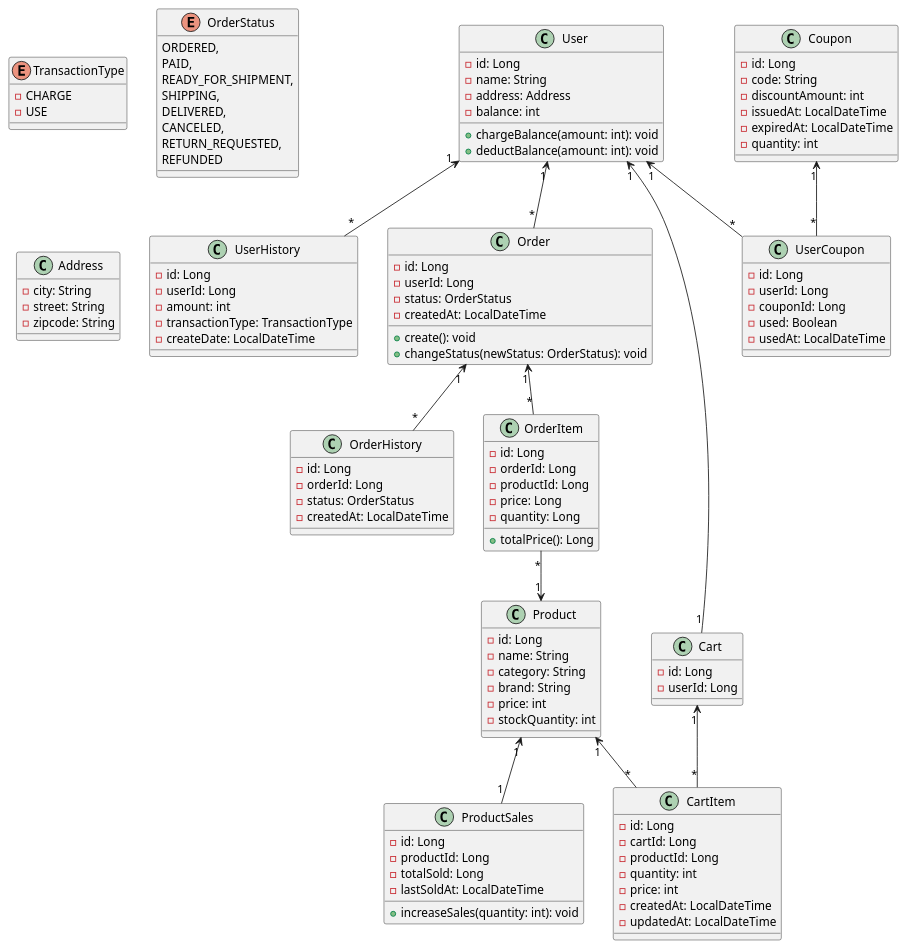
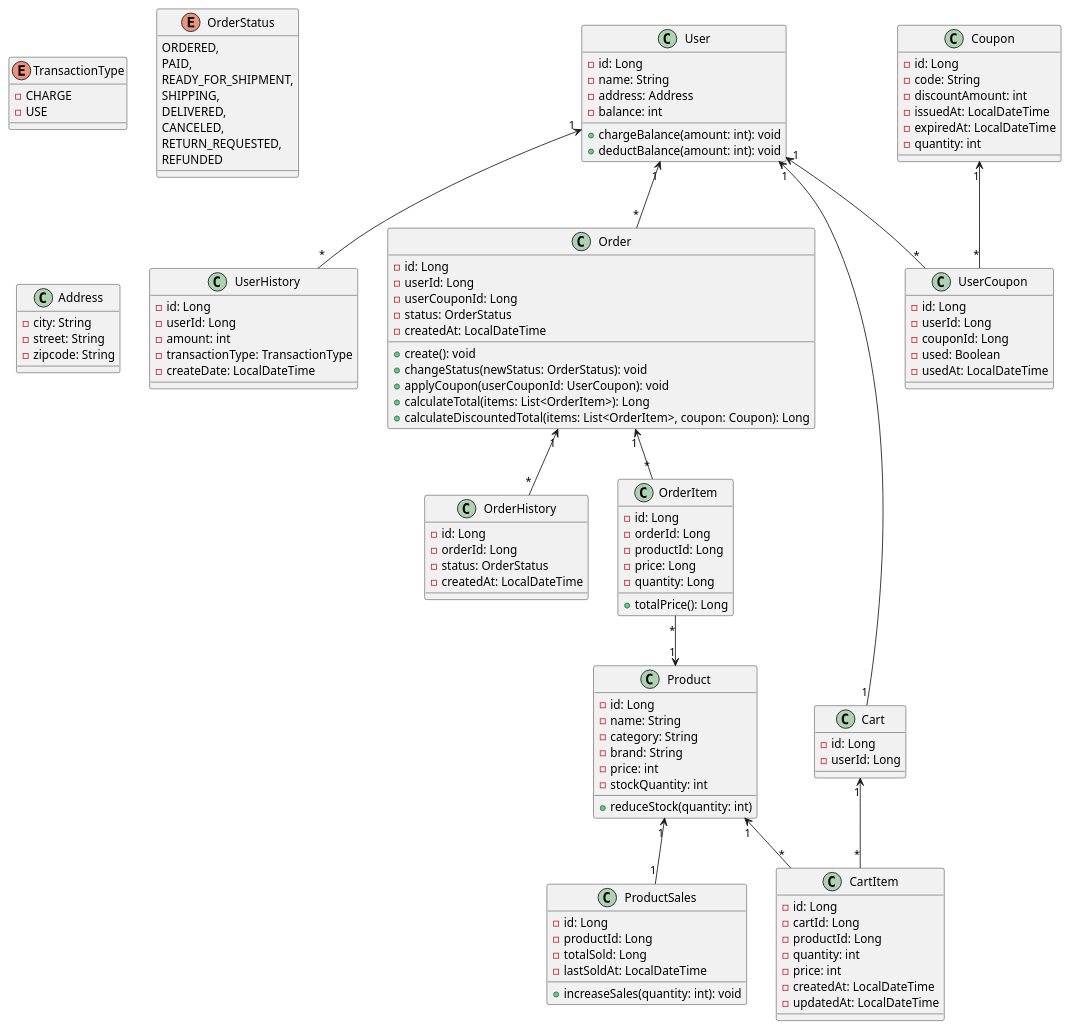
The diagram in docs/erd/erd.puml (honge7694/hdd-server-java), drawn with PlantUML before and after one commit.

Commit message:
ERD 8차 커밋 - Order 쿠폰 적용 및 전체 가격, 할인 된 가격 메서드 추가

```diff
--- a/docs/erd/erd.puml
+++ b/docs/erd/erd.puml
@@ -1,133 +1,138 @@
 @startuml
 
 enum TransactionType {
     - CHARGE
     - USE
 }
 
 enum OrderStatus {
     ORDERED,
     PAID,
     READY_FOR_SHIPMENT,
     SHIPPING,
     DELIVERED,
     CANCELED,
     RETURN_REQUESTED,
     REFUNDED
 }
 
 class User {
     - id: Long
     - name: String
     - address: Address
     - balance: int
     + chargeBalance(amount: int): void
     + deductBalance(amount: int): void
 }
 
 class UserHistory {
     - id: Long
     - userId: Long
     - amount: int
     - transactionType: TransactionType
     - createDate: LocalDateTime
 }
 
 class Address {
     - city: String
     - street: String
     - zipcode: String
 }
 
 class Coupon {
     - id: Long
     - code: String
     - discountAmount: int
     - issuedAt: LocalDateTime
     - expiredAt: LocalDateTime
     - quantity: int
 }
 
 class UserCoupon {
     - id: Long
     - userId: Long
     - couponId: Long
     - used: Boolean
     - usedAt: LocalDateTime
 }
 
 class Order {
     - id: Long
     - userId: Long
+    - userCouponId: Long
     - status: OrderStatus
     - createdAt: LocalDateTime
     + create(): void
     + changeStatus(newStatus: OrderStatus): void
+    + applyCoupon(userCouponId: UserCoupon): void
+    + calculateTotal(items: List<OrderItem>): Long
+    + calculateDiscountedTotal(items: List<OrderItem>, coupon: Coupon): Long
 }
 
 class OrderHistory {
     - id: Long
     - orderId: Long
     - status: OrderStatus
     - createdAt: LocalDateTime
 }
 
 class OrderItem {
     - id: Long
     - orderId: Long
     - productId: Long
     - price: Long
     - quantity: Long
     + totalPrice(): Long
 }
 
 class Product {
     - id: Long
     - name: String
     - category: String
     - brand: String
     - price: int
     - stockQuantity: int
+    + reduceStock(quantity: int)
 }
 
 ' 판매량을 조회를 위해 분리
 class ProductSales {
     - id: Long
     - productId: Long
     - totalSold: Long
     - lastSoldAt: LocalDateTime
     + increaseSales(quantity: int): void
 }
 
 class Cart {
     - id: Long
     - userId: Long
 }
 
 class CartItem {
     - id: Long
     - cartId: Long
     - productId: Long
     - quantity: int
     - price: int
     - createdAt: LocalDateTime
     - updatedAt: LocalDateTime
 }
 
 ' 관계 정의
 User "1" <-- "*" UserHistory
 User "1" <-- "*" UserCoupon
 Coupon "1" <-- "*" UserCoupon
 
 User "1" <-- "*" Order
 Order "1" <-- "*" OrderItem
 OrderItem "*" --> "1" Product
 Order "1" <-- "*" OrderHistory
 
 Product "1" <-- "1" ProductSales
 
 User "1" <-- "1" Cart
 Cart "1" <-- "*" CartItem
 Product "1" <-- "*" CartItem
 
 @enduml
```
